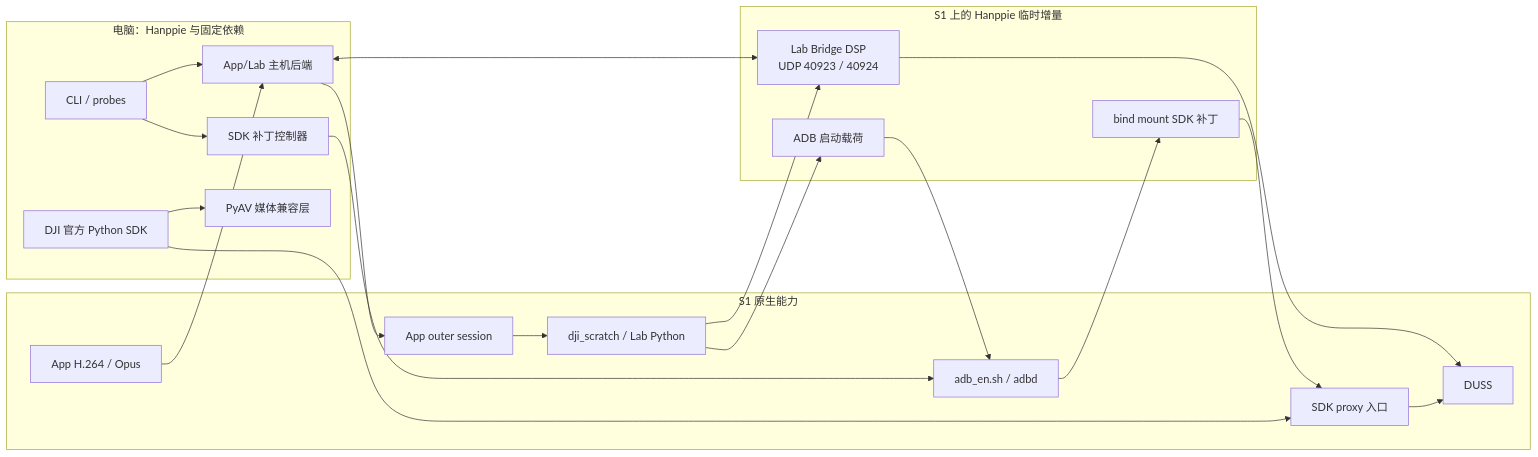
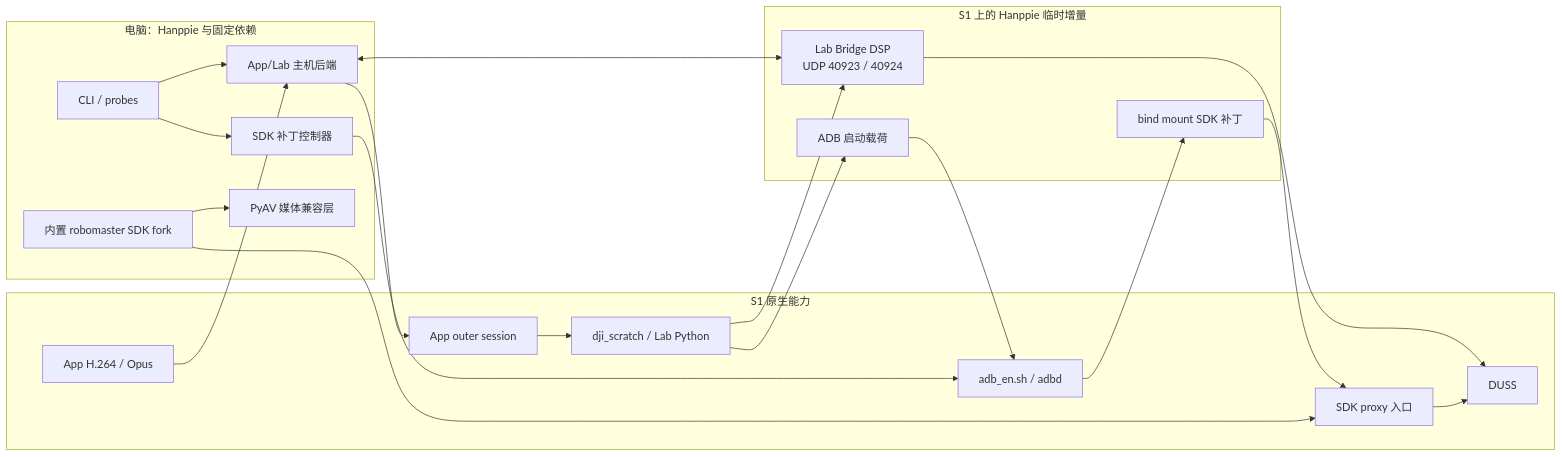
One commit to elonzh/hanppie changed the fifth of 8 diagrams in docs/architecture.md. Above: the diagram before and after it, drawn with Mermaid. The commit also changed other lines of this file and 49 other files, not shown here.

Commit message:
feat: fork robomaster sdk and pin python to 3.10

````diff
--- a/docs/architecture.md
+++ b/docs/architecture.md
@@ -437,35 +438,35 @@
 ```mermaid
 flowchart LR
     subgraph HOST["电脑：Hanppie 与固定依赖"]
         CLI["CLI / probes"]
         LABHOST["App/Lab 主机后端"]
         PATCHCTL["SDK 补丁控制器"]
-        OFFICIAL["DJI 官方 Python SDK"]
+        OFFICIAL["内置 robomaster SDK fork"]
         CODEC["PyAV 媒体兼容层"]
     end
 
     subgraph ADDITIONS["S1 上的 Hanppie 临时增量"]
         BRIDGE["Lab Bridge DSP<br/>UDP 40923 / 40924"]
         ADBPAYLOAD["ADB 启动载荷"]
         SDKPATCH["bind mount SDK 补丁"]
     end
 
     subgraph STOCK["S1 原生能力"]
         APPSESSION["App outer session"]
         SCRATCH["dji_scratch / Lab Python"]
         ADB["adb_en.sh / adbd"]
         SDKPROXY["SDK proxy 入口"]
         DUSS["DUSS"]
         MEDIA["App H.264 / Opus"]
     end
 
     CLI --> LABHOST --> APPSESSION --> SCRATCH
     SCRATCH --> BRIDGE --> DUSS
     LABHOST <--> BRIDGE
     SCRATCH --> ADBPAYLOAD --> ADB
     CLI --> PATCHCTL --> ADB
     ADB --> SDKPATCH --> SDKPROXY
     OFFICIAL --> SDKPROXY --> DUSS
     MEDIA --> LABHOST
     OFFICIAL --> CODEC
 ```
````
